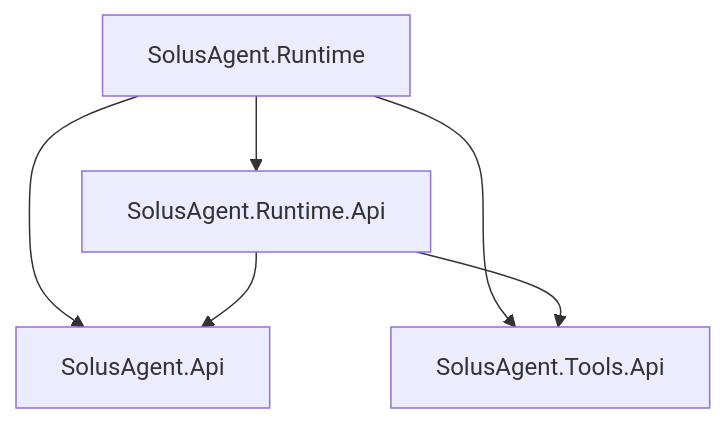
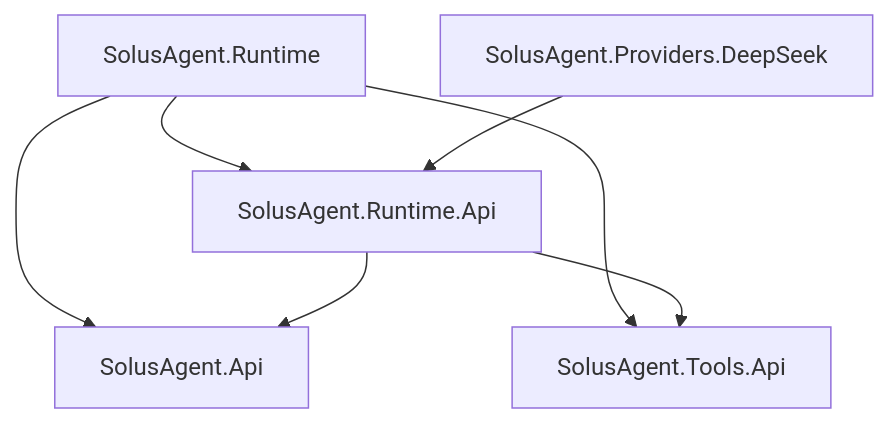
Before and after one commit to SolusQuest/solus-agent: the diagram in docs/20_architecture/project-structure.md, drawn with Mermaid. The commit also changed other lines of this file and 26 other files, not shown here.

````diff
--- a/docs/20_architecture/project-structure.md
+++ b/docs/20_architecture/project-structure.md
@@ -60,8 +62,9 @@
 ```mermaid
 flowchart TD
     Runtime[SolusAgent.Runtime] --> RuntimeApi[SolusAgent.Runtime.Api]
     Runtime --> AgentApi[SolusAgent.Api]
     Runtime --> ToolsApi[SolusAgent.Tools.Api]
     RuntimeApi --> AgentApi
     RuntimeApi --> ToolsApi
+    DeepSeek[SolusAgent.Providers.DeepSeek] --> RuntimeApi
 ```
````
